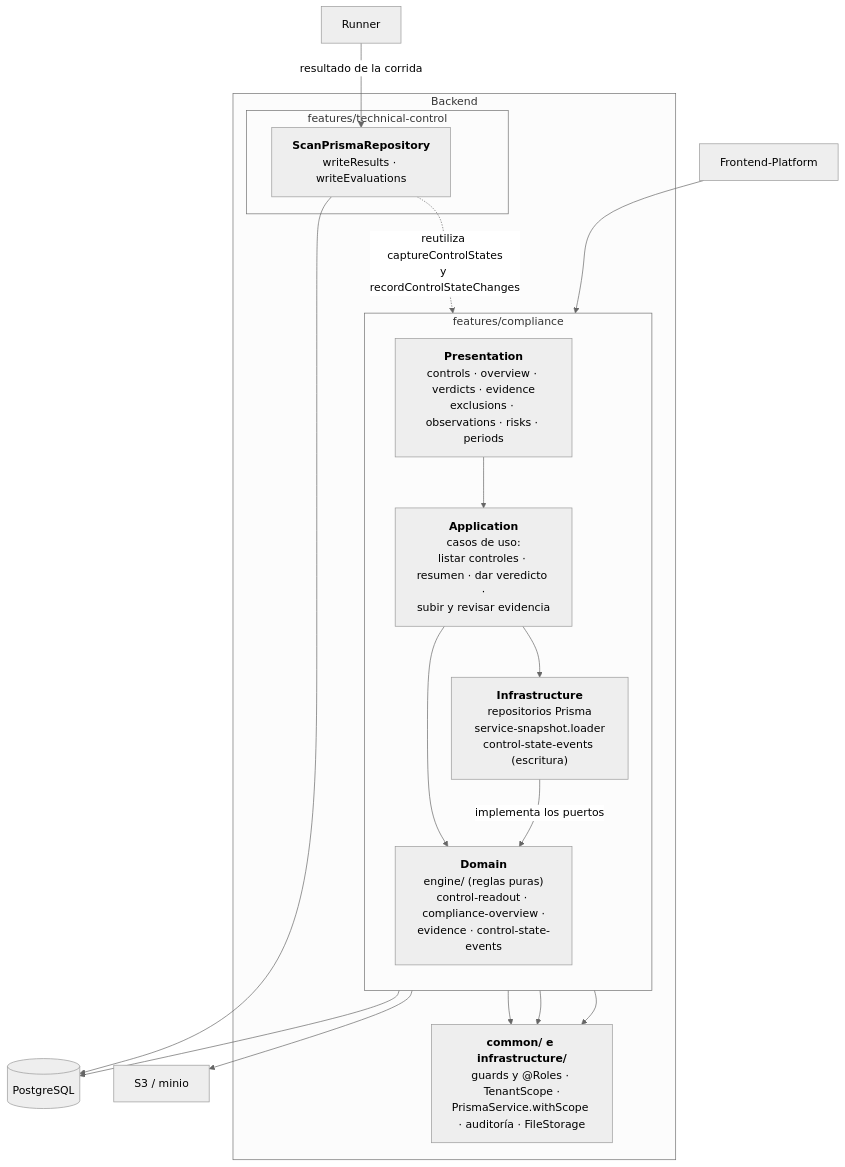
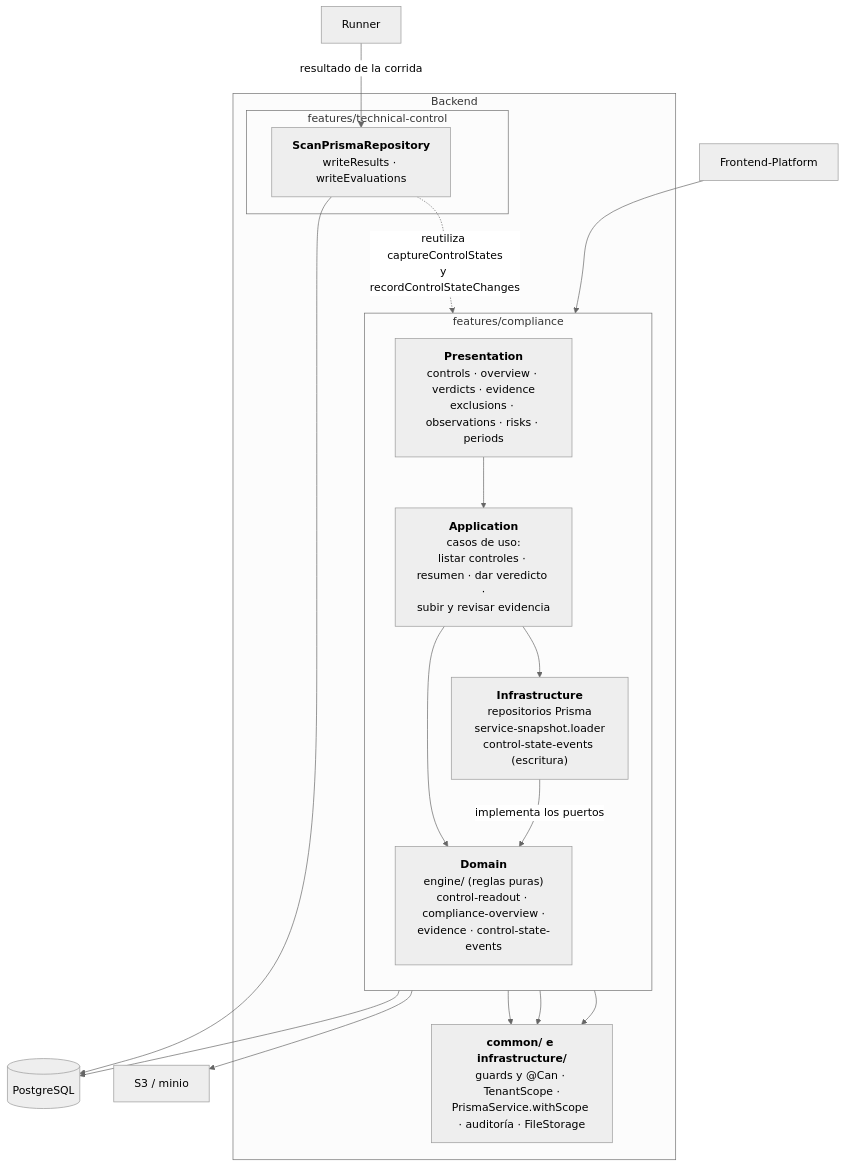
The third of 4 diagrams in skills/product/monkey-compliance-council/references/arquitectura/cumplimiento/01-c4.md (Monkey-GRC/Monkey-Brain-IA), drawn with Mermaid (neutral theme) before and after one commit. The commit also changed 82 other files, not shown here.

````diff
--- a/skills/product/monkey-compliance-council/references/arquitectura/cumplimiento/01-c4.md
+++ b/skills/product/monkey-compliance-council/references/arquitectura/cumplimiento/01-c4.md
@@ -57,36 +57,36 @@
 ```mermaid
 flowchart TB
     fe["Frontend-Platform"]
     runner["Runner"]
 
     subgraph be["Backend"]
         subgraph comp["features/compliance"]
             direction TB
             pres["<b>Presentation</b><br/>controls · overview · verdicts · evidence<br/>exclusions · observations · risks · periods"]
             app["<b>Application</b><br/>casos de uso:<br/>listar controles · resumen · dar veredicto ·<br/>subir y revisar evidencia"]
             dom["<b>Domain</b><br/>engine/ (reglas puras)<br/>control-readout · compliance-overview ·<br/>evidence · control-state-events"]
             infra["<b>Infrastructure</b><br/>repositorios Prisma<br/>service-snapshot.loader<br/>control-state-events (escritura)"]
         end
         subgraph tc["features/technical-control"]
             scan["<b>ScanPrismaRepository</b><br/>writeResults · writeEvaluations"]
         end
-        common["<b>common/ e infrastructure/</b><br/>guards y @Roles · TenantScope ·<br/>PrismaService.withScope · auditoría · FileStorage"]
+        common["<b>common/ e infrastructure/</b><br/>guards y @Can · TenantScope ·<br/>PrismaService.withScope · auditoría · FileStorage"]
     end
 
     db[("PostgreSQL")]
     s3["S3 / minio"]
 
     fe --> pres
     pres --> app
     app --> dom
     infra -- "implementa los puertos" --> dom
     app --> infra
     infra --> db
     infra --> s3
     runner -- "resultado de la corrida" --> scan
     scan --> db
     scan -. "reutiliza captureControlStates<br/>y recordControlStateChanges" .-> infra
     pres --> common
     app --> common
     infra --> common
 ```
````
